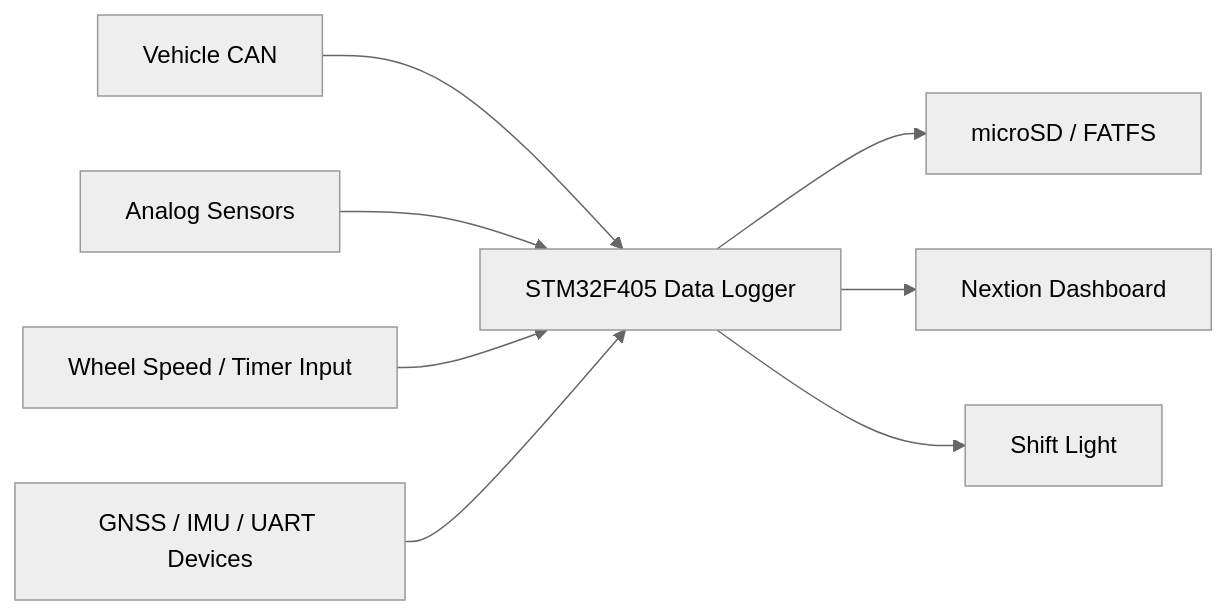
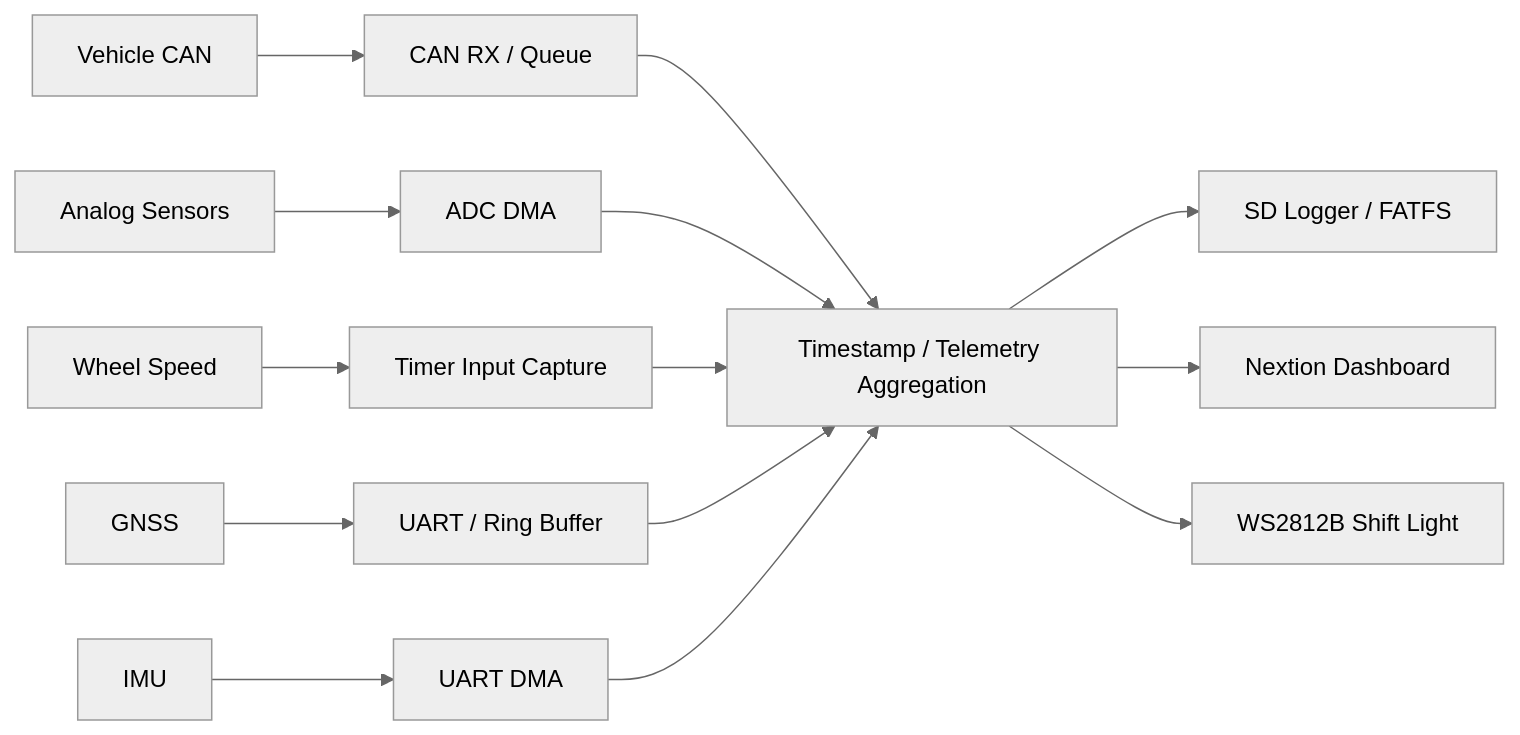
Before and after one commit to poakzmmz/NS26F-Electrical-Electronics-Part: the diagram in README.md, drawn with Mermaid (neutral theme). The commit also changed other lines of this file, not shown here.

````diff
--- a/README.md
+++ b/README.md
@@ -49,10 +64,18 @@
 ```mermaid
 flowchart LR
-    CAN[Vehicle CAN] --> MCU[STM32F405 Data Logger]
-    ADC[Analog Sensors] --> MCU
-    WHEEL[Wheel Speed / Timer Input] --> MCU
-    UART[GNSS / IMU / UART Devices] --> MCU
-    MCU --> SD[microSD / FATFS]
-    MCU --> HMI[Nextion Dashboard]
-    MCU --> SHIFT[Shift Light]
+    CAN[Vehicle CAN] --> CIRQ[CAN RX / Queue]
+    ADC[Analog Sensors] --> ADCDMA[ADC DMA]
+    WHEEL[Wheel Speed] --> TIM[Timer Input Capture]
+    GNSS[GNSS] --> UART1[UART / Ring Buffer]
+    IMU[IMU] --> UART6[UART DMA]
+
+    CIRQ --> AGG[Timestamp / Telemetry Aggregation]
+    ADCDMA --> AGG
+    TIM --> AGG
+    UART1 --> AGG
+    UART6 --> AGG
+
+    AGG --> LOG[SD Logger / FATFS]
+    AGG --> HMI[Nextion Dashboard]
+    AGG --> SHIFT[WS2812B Shift Light]
 ```
````
